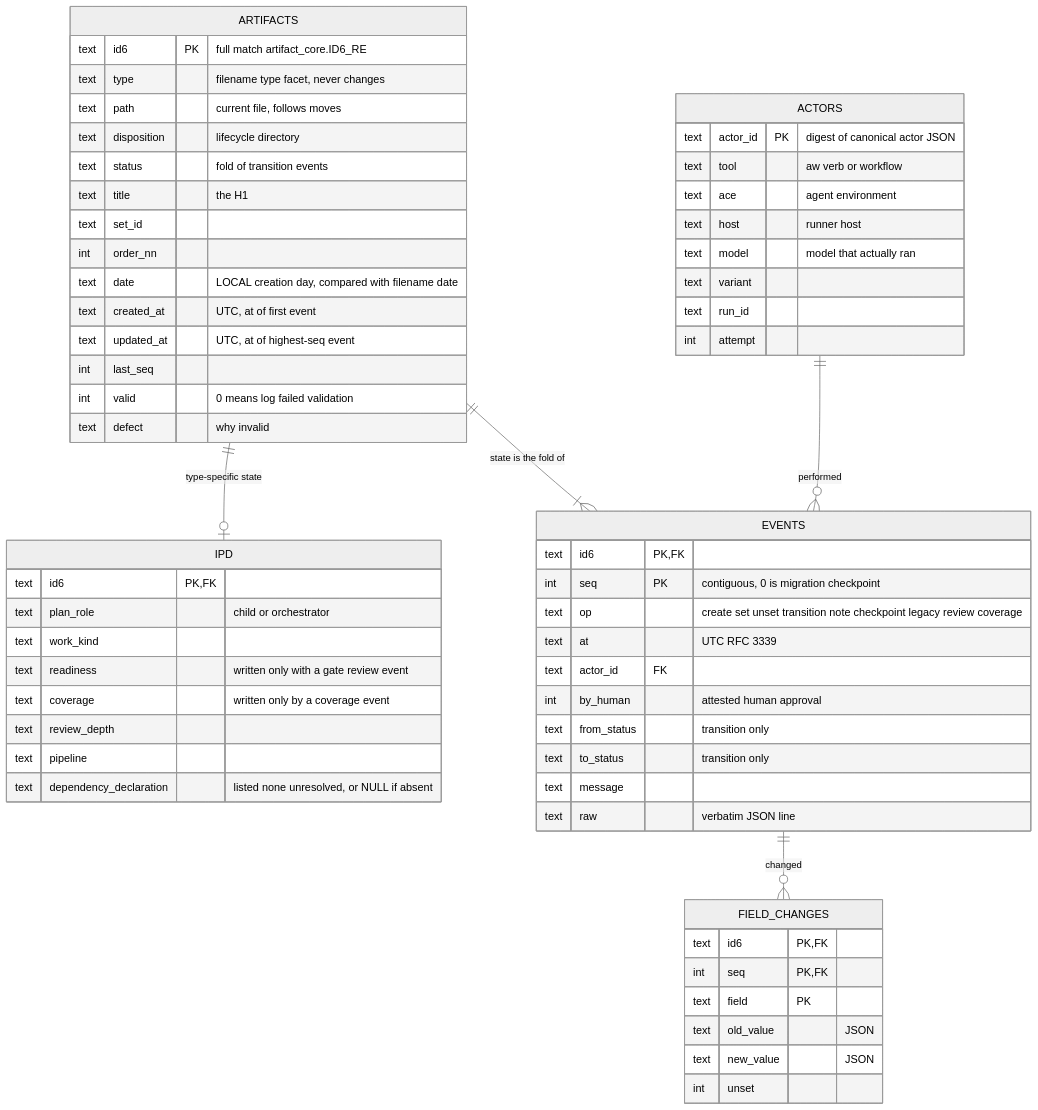
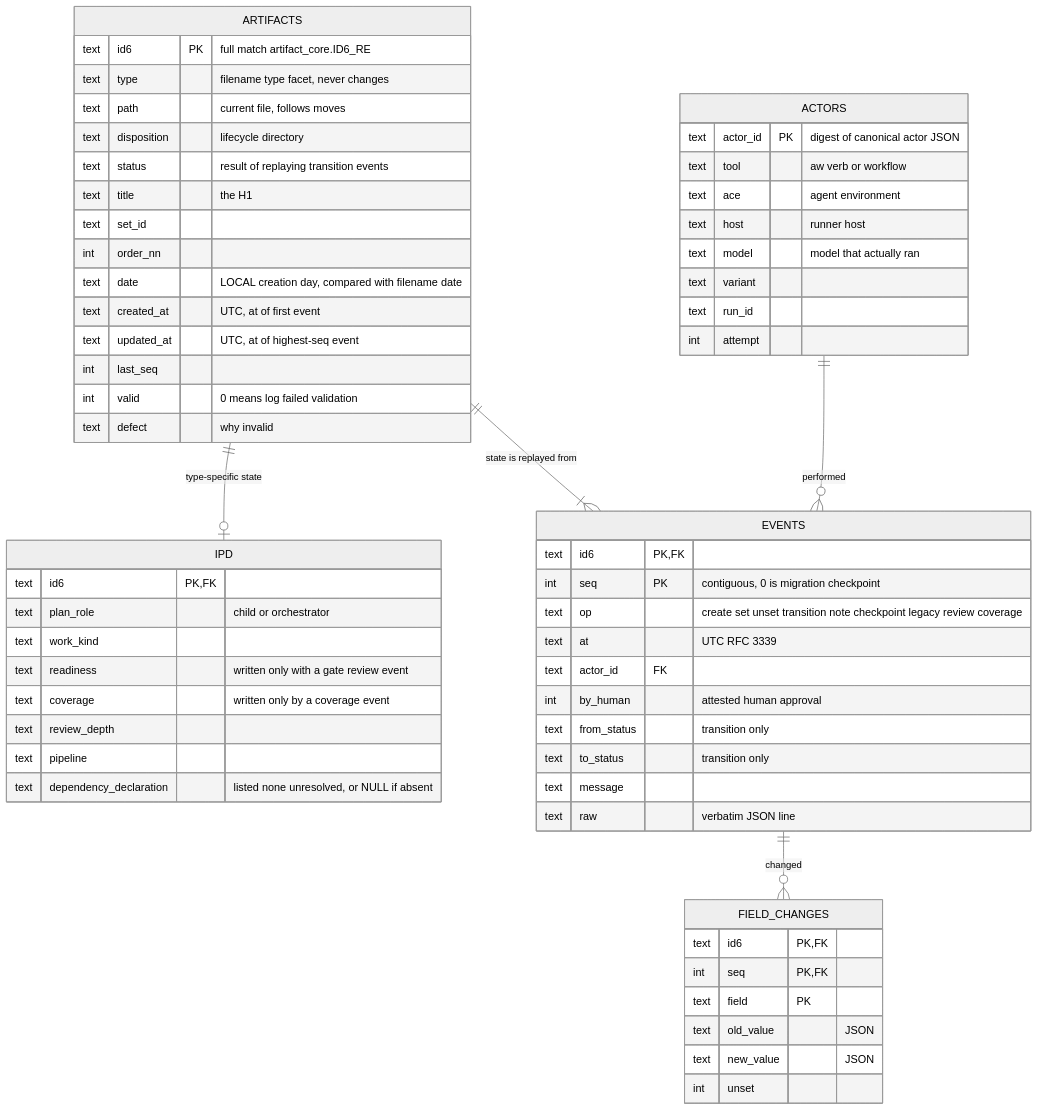
The first of 10 diagrams in .aw/records/specs/reviewed/20260925-metastore-01-4sd62s-artifact-metadata-store.spec.md (fariello/agent-workflows), drawn with Mermaid (neutral theme) before and after one commit. The commit also changed other lines of this file, not shown here.

````diff
--- a/.aw/records/specs/reviewed/20260925-metastore-01-4sd62s-artifact-metadata-store.spec.md
+++ b/.aw/records/specs/reviewed/20260925-metastore-01-4sd62s-artifact-metadata-store.spec.md
@@ -818,63 +999,63 @@
 ```mermaid
 erDiagram
     ARTIFACTS {
         text id6 PK "full match artifact_core.ID6_RE"
         text type "filename type facet, never changes"
         text path "current file, follows moves"
         text disposition "lifecycle directory"
-        text status "fold of transition events"
+        text status "result of replaying transition events"
         text title "the H1"
         text set_id
         int order_nn
         text date "LOCAL creation day, compared with filename date"
         text created_at "UTC, at of first event"
         text updated_at "UTC, at of highest-seq event"
         int last_seq
         int valid "0 means log failed validation"
         text defect "why invalid"
     }
     IPD {
         text id6 PK, FK
         text plan_role "child or orchestrator"
         text work_kind
         text readiness "written only with a gate review event"
         text coverage "written only by a coverage event"
         text review_depth
         text pipeline
         text dependency_declaration "listed none unresolved, or NULL if absent"
     }
     EVENTS {
         text id6 PK, FK
         int seq PK "contiguous, 0 is migration checkpoint"
         text op "create set unset transition note checkpoint legacy review coverage"
         text at "UTC RFC 3339"
         text actor_id FK
         int by_human "attested human approval"
         text from_status "transition only"
         text to_status "transition only"
         text message
         text raw "verbatim JSON line"
     }
     FIELD_CHANGES {
         text id6 PK, FK
         int seq PK, FK
         text field PK
         text old_value "JSON"
         text new_value "JSON"
         int unset
     }
     ACTORS {
         text actor_id PK "digest of canonical actor JSON"
         text tool "aw verb or workflow"
         text ace "agent environment"
         text host "runner host"
         text model "model that actually ran"
         text variant
         text run_id
         int attempt
     }
     ARTIFACTS ||--o| IPD : "type-specific state"
-    ARTIFACTS ||--|{ EVENTS : "state is the fold of"
+    ARTIFACTS ||--|{ EVENTS : "state is replayed from"
     EVENTS ||--o{ FIELD_CHANGES : "changed"
     ACTORS ||--o{ EVENTS : "performed"
 ```
````
